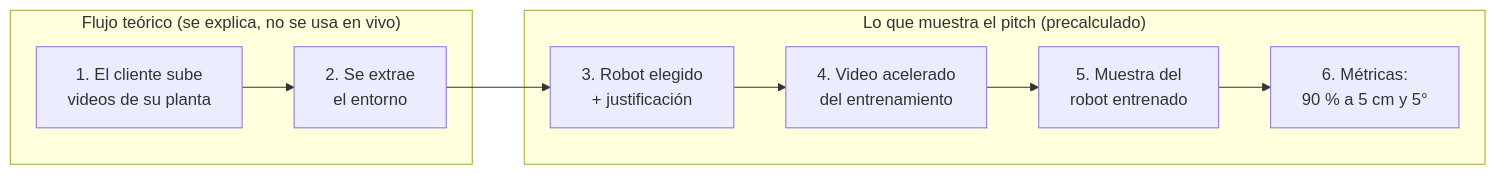
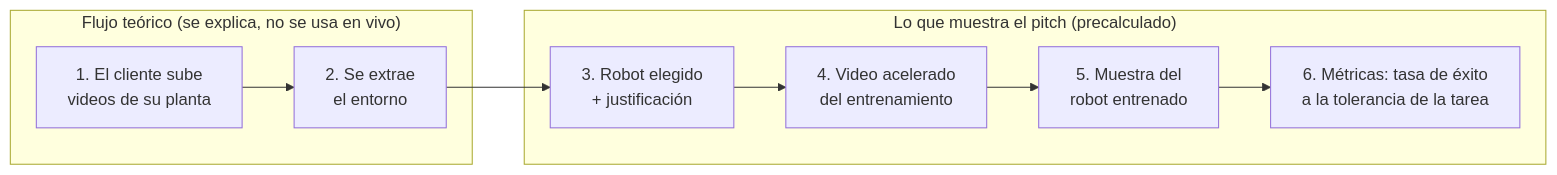
Before and after one commit to platanus-hack/platanus-hack-26-cl-team-4: the second of 9 diagrams in docs/requerimientos.md, drawn with Mermaid. The commit also changed other lines of this file and 9 other files, not shown here.

````diff
--- a/docs/requerimientos.md
+++ b/docs/requerimientos.md
@@ -66,12 +78,12 @@
 ```mermaid
 flowchart LR
   subgraph T["Flujo teórico (se explica, no se usa en vivo)"]
     P1["1. El cliente sube<br/>videos de su planta"] --> P2["2. Se extrae<br/>el entorno"]
   end
   subgraph D["Lo que muestra el pitch (precalculado)"]
     P3["3. Robot elegido<br/>+ justificación"] --> P4["4. Video acelerado<br/>del entrenamiento"]
     P4 --> P5["5. Muestra del<br/>robot entrenado"]
-    P5 --> P6["6. Métricas:<br/>90 % a 5 cm y 5°"]
+    P5 --> P6["6. Métricas: tasa de éxito<br/>a la tolerancia de la tarea"]
   end
   P2 --> P3
 ```
````
